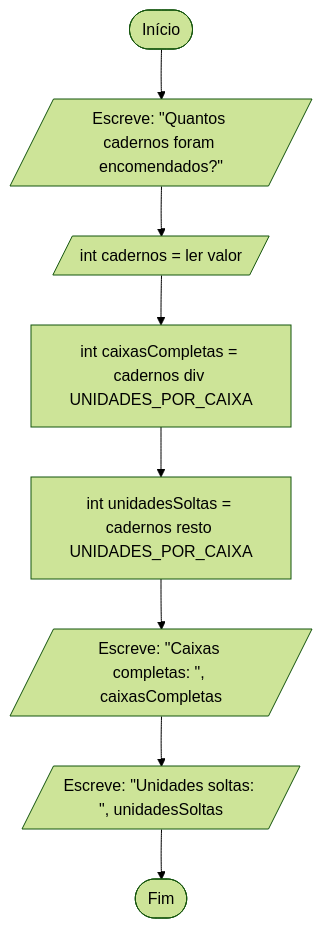
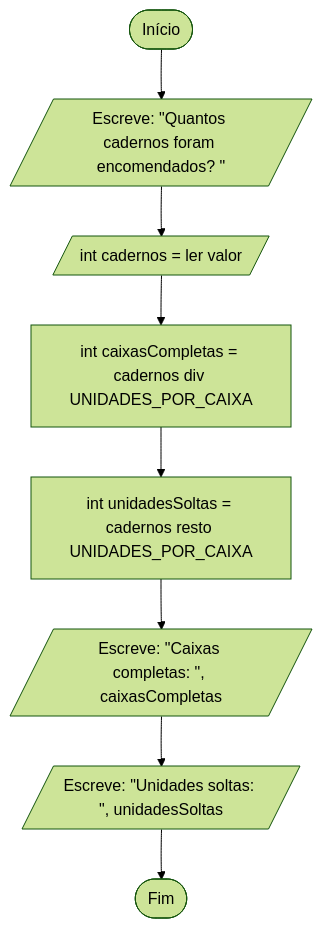
The diagram in 01-algoritmos/02-pseudocodigo-e-fluxogramas-laboratorio.md (NunoMACastro/epms-2627-1ig-lp), drawn with Mermaid (forest theme) before and after one commit. The commit also changed other lines of this file and 4 other files, not shown here.

````diff
--- a/01-algoritmos/02-pseudocodigo-e-fluxogramas-laboratorio.md
+++ b/01-algoritmos/02-pseudocodigo-e-fluxogramas-laboratorio.md
@@ -211,10 +213,10 @@
 ```mermaid
 flowchart TD
-    A([Início]) --> B[/"Escreve: #quot;Quantos cadernos foram encomendados?#quot;"/]
+    A([Início]) --> B[/"Escreve: #quot;Quantos cadernos foram encomendados? #quot;"/]
     B --> C[/"int cadernos = ler valor"/]
     C --> D["int caixasCompletas = cadernos div UNIDADES_POR_CAIXA"]
     D --> E["int unidadesSoltas = cadernos resto UNIDADES_POR_CAIXA"]
     E --> F[/"Escreve: #quot;Caixas completas: #quot;, caixasCompletas"/]
     F --> G[/"Escreve: #quot;Unidades soltas: #quot;, unidadesSoltas"/]
     G --> Z([Fim])
 ```
````
